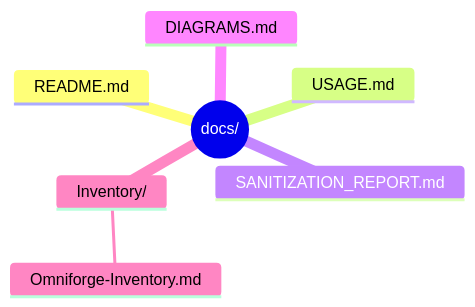
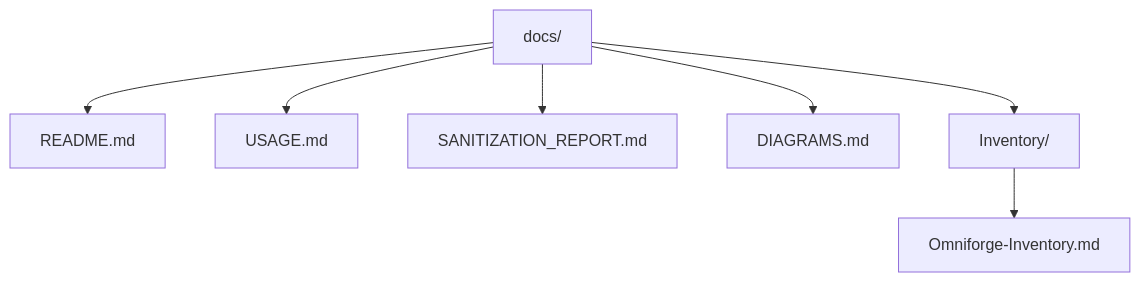
The seventh of 14 diagrams in docs/Inventory/Omniforge-Inventory.md (Runndownn/Omniforge), drawn with Mermaid before and after one commit. The commit also changed other lines of this file and 5 other files, not shown here.

````diff
--- a/docs/Inventory/Omniforge-Inventory.md
+++ b/docs/Inventory/Omniforge-Inventory.md
@@ -294,10 +292,9 @@
 ```mermaid
-mindmap
-    root((docs/))
-        README.md
-        USAGE.md
-        SANITIZATION_REPORT.md
-        DIAGRAMS.md
-        Inventory/
-            Omniforge-Inventory.md
+flowchart TD
+    DOCS[docs/] --> DOCS_README[README.md]
+    DOCS --> DOCS_USAGE[USAGE.md]
+    DOCS --> DOCS_SAN[SANITIZATION_REPORT.md]
+    DOCS --> DOCS_DIAG[DIAGRAMS.md]
+    DOCS --> DOCS_INV[Inventory/]
+    DOCS_INV --> DOCS_INV_REPORT[Omniforge-Inventory.md]
 ```
````
